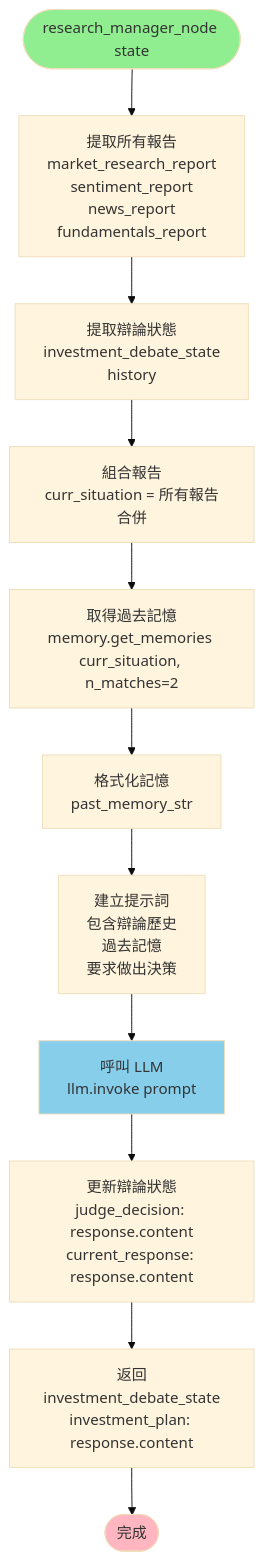
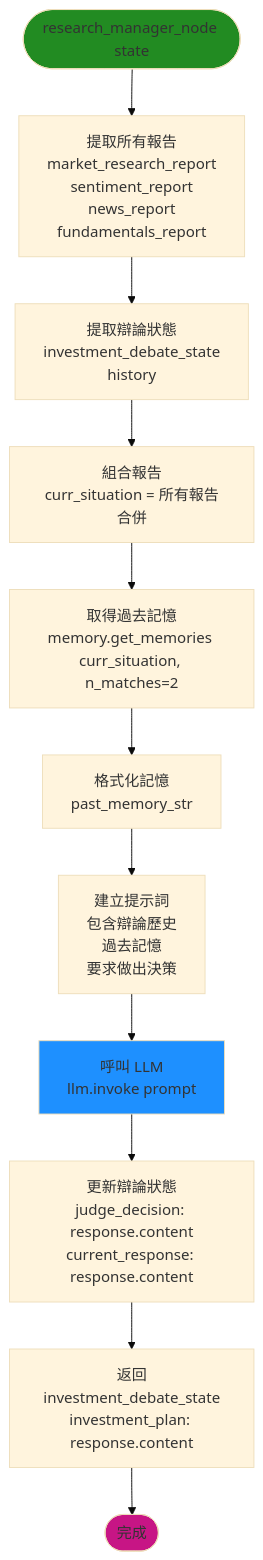
One commit to chitienshih-wq/Git_Test changed diagram 12 of 19 in 流程圖.md. Above: the diagram before and after it, drawn with Mermaid (base theme). The commit also changed other lines of this file, not shown here.

````diff
--- a/流程圖.md
+++ b/流程圖.md
@@ -416,26 +416,26 @@
 ```mermaid
 flowchart TD
     Start([research_manager_node state]) --> ExtractReports[提取所有報告<br/>market_research_report<br/>sentiment_report<br/>news_report<br/>fundamentals_report]
     
     ExtractReports --> ExtractDebateState[提取辯論狀態<br/>investment_debate_state<br/>history]
     
     ExtractDebateState --> CombineReports[組合報告<br/>curr_situation = 所有報告合併]
     
     CombineReports --> GetMemories[取得過去記憶<br/>memory.get_memories curr_situation, n_matches=2]
     
     GetMemories --> FormatMemories[格式化記憶<br/>past_memory_str]
     
     FormatMemories --> CreatePrompt[建立提示詞<br/>包含辯論歷史<br/>過去記憶<br/>要求做出決策]
     
     CreatePrompt --> InvokeLLM[呼叫 LLM<br/>llm.invoke prompt]
     
     InvokeLLM --> UpdateDebateState[更新辯論狀態<br/>judge_decision: response.content<br/>current_response: response.content]
     
     UpdateDebateState --> Return[返回<br/>investment_debate_state<br/>investment_plan: response.content]
     
     Return --> End([完成])
     
-    style Start fill:#90EE90
-    style End fill:#FFB6C1
-    style InvokeLLM fill:#87CEEB
+    style Start fill:#228B22
+    style End fill:#C71585
+    style InvokeLLM fill:#1E90FF
 ```
````
